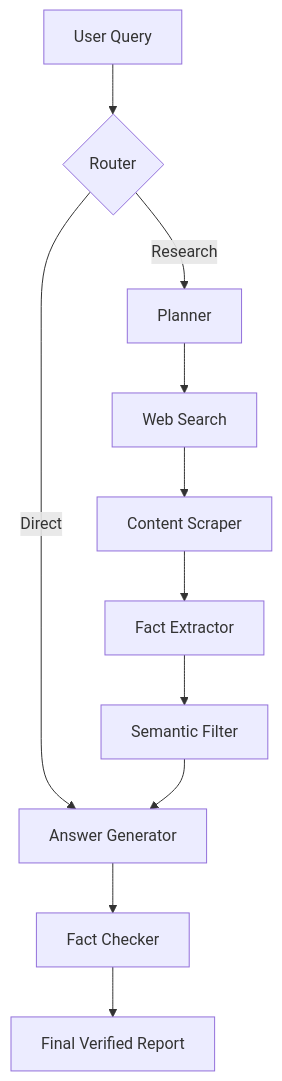
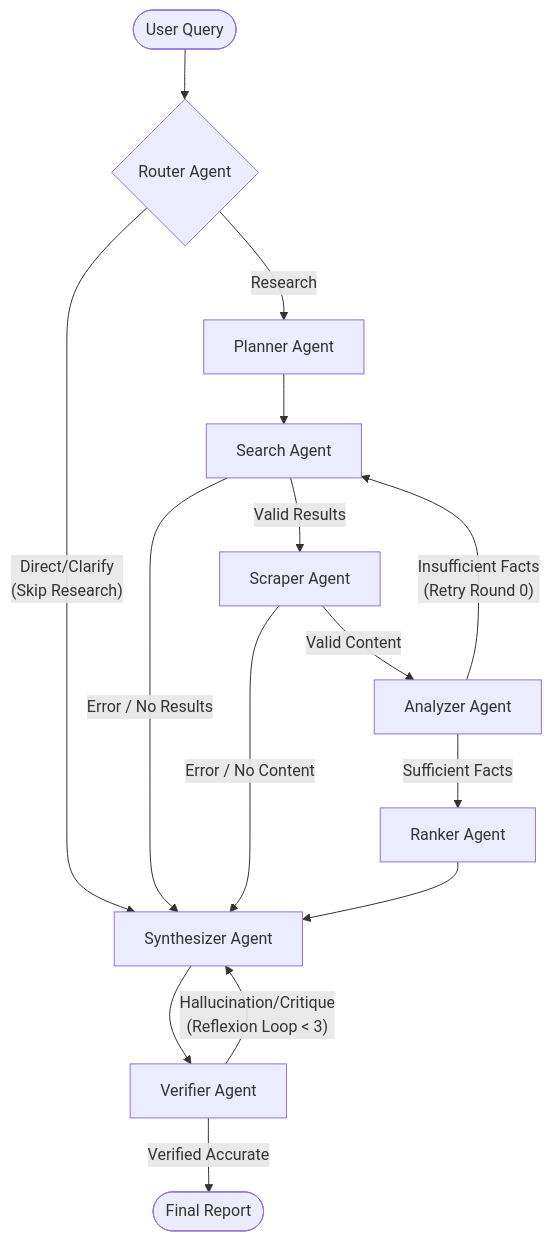
One commit to ajeetkbhardwaj/NextQuestAI changed the diagram in README.md. Above: the diagram before and after it, drawn with Mermaid. The commit also changed 1 other file, not shown here.

````diff
--- a/README.md
+++ b/README.md
@@ -88,13 +88,33 @@
 ```mermaid
 graph TD
-    User[User Query] --> Router{Router}
-    Router -- Direct --> Synthesizer
-    Router -- Research --> Planner
-    Planner --> Search[Web Search]
-    Search --> Scraper[Content Scraper]
-    Scraper --> Analyzer[Fact Extractor]
-    Analyzer --> Ranker[Semantic Filter]
-    Ranker --> Synthesizer[Answer Generator]
-    Synthesizer --> Verifier[Fact Checker]
-    Verifier --> Final[Final Verified Report]
+    User([User Query]) --> Router{Router Agent}
+    
+    %% Router routing
+    Router -- "Direct/Clarify\n(Skip Research)" --> Synthesizer[Synthesizer Agent]
+    Router -- "Research" --> Planner[Planner Agent]
+    
+    %% Planner & Search
+    Planner --> Search[Search Agent]
+    
+    %% Search Conditional Edges
+    Search -- "Error / No Results" --> Synthesizer
+    Search -- "Valid Results" --> Scraper[Scraper Agent]
+    
+    %% Scraper Conditional Edges
+    Scraper -- "Error / No Content" --> Synthesizer
+    Scraper -- "Valid Content" --> Analyzer[Analyzer Agent]
+    
+    %% Analyzer Conditional Edges & Retry Loop
+    Analyzer -- "Insufficient Facts\n(Retry Round 0)" --> Search
+    Analyzer -- "Sufficient Facts" --> Ranker[Ranker Agent]
+    
+    %% Ranker & Synthesizer
+    Ranker --> Synthesizer
+    
+    %% Synthesizer & Verifier
+    Synthesizer --> Verifier[Verifier Agent]
+    
+    %% Verifier Reflexion Loop
+    Verifier -- "Hallucination/Critique\n(Reflexion Loop < 3)" --> Synthesizer
+    Verifier -- "Verified Accurate" --> Final([Final Report])
 ```
````
